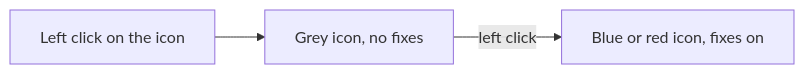
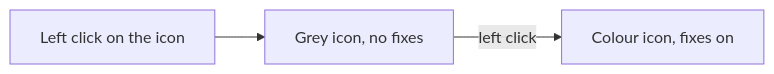
One commit to workbench-soft/langflip changed the sixth of 8 diagrams in docs/user-flows.md. Above: the diagram before and after it, drawn with Mermaid. The commit also changed other lines of this file and 14 other files, not shown here.

````diff
--- a/docs/user-flows.md
+++ b/docs/user-flows.md
@@ -83,5 +83,5 @@
 ```mermaid
 flowchart LR
     A[Left click on the icon] --> B[Grey icon, no fixes]
-    B -->|left click| C[Blue or red icon, fixes on]
+    B -->|left click| C[Colour icon, fixes on]
 ```
````
